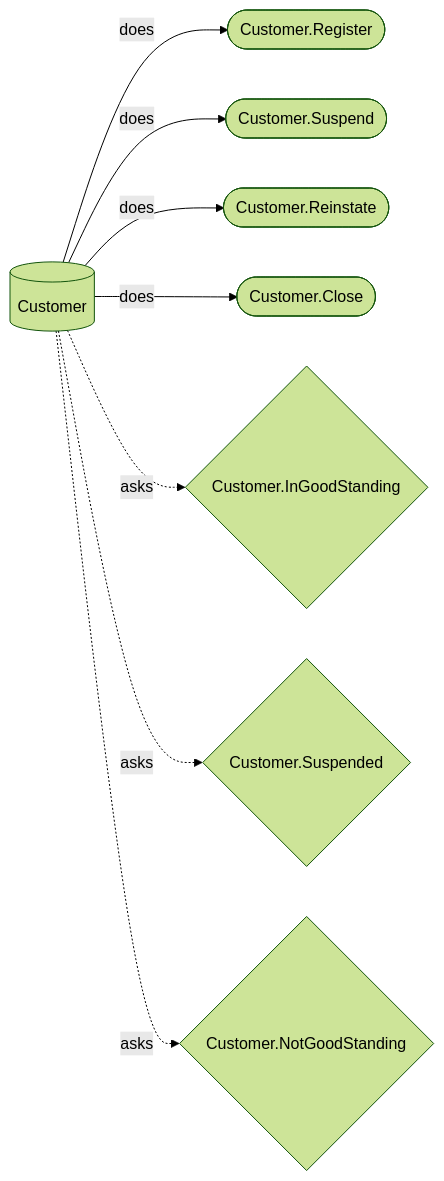
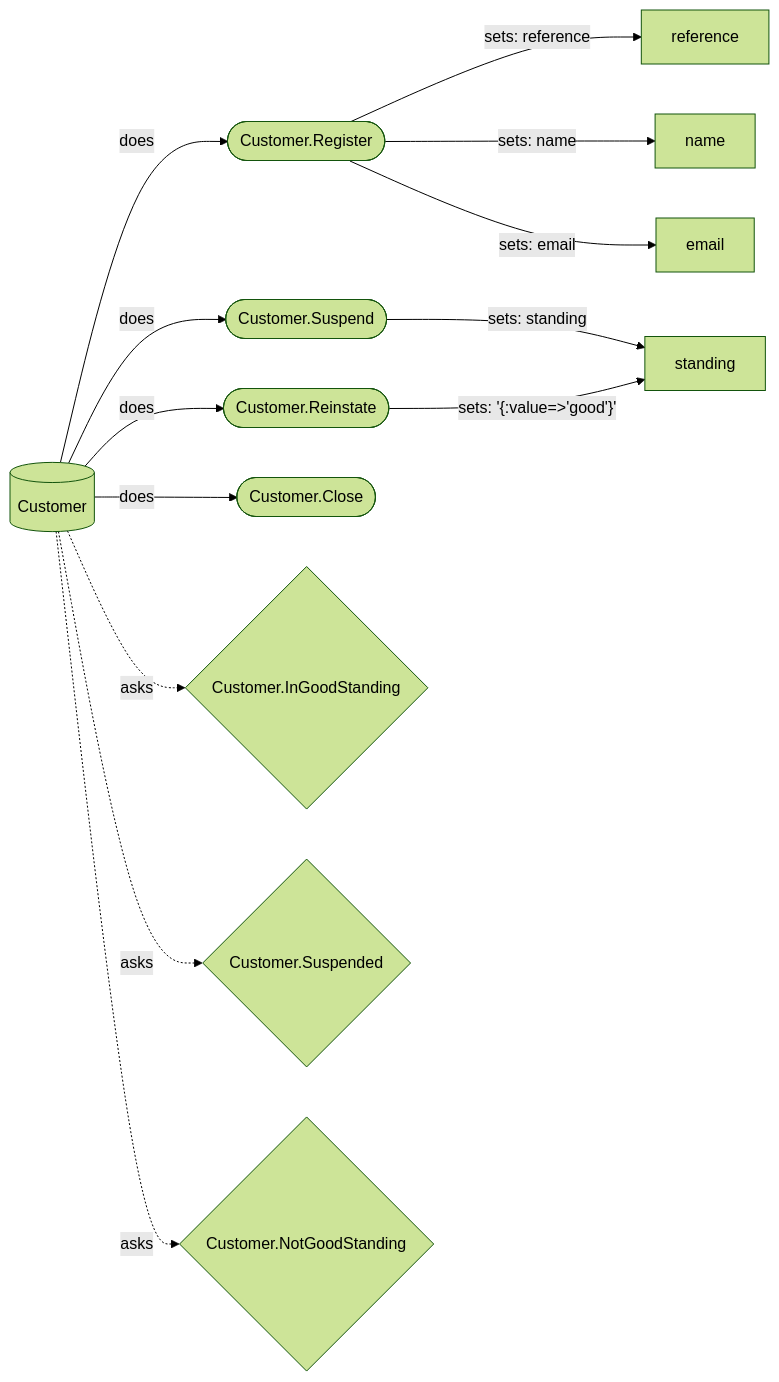
Before and after one commit to chrisyoung/hecks: the diagram in docs/generated/diagrams/banking/Customer_surface.mmd, drawn with Mermaid (forest theme). The commit also changed 16 other files, not shown here.

```diff
--- a/docs/generated/diagrams/banking/Customer_surface.mmd
+++ b/docs/generated/diagrams/banking/Customer_surface.mmd
@@ -1,10 +1,15 @@
-%% GENERATED by bin/project_diagrams from Customer's own declared commands and queries — DO NOT EDIT BY HAND.
+%% GENERATED by bin/project_diagrams from Customer's own declared commands (and what each writes) and queries — DO NOT EDIT BY HAND.
 %% Re-run `bin/project_diagrams <domain-path> Banking` after any change.
 flowchart LR
     Customer[(Customer)] -->|does| cmd_Customer_Register(["Customer.Register"])
     Customer[(Customer)] -->|does| cmd_Customer_Suspend(["Customer.Suspend"])
     Customer[(Customer)] -->|does| cmd_Customer_Reinstate(["Customer.Reinstate"])
     Customer[(Customer)] -->|does| cmd_Customer_Close(["Customer.Close"])
+    cmd_Customer_Register(["Customer.Register"]) -->|"sets: reference"| attr_Customer_reference[reference]
+    cmd_Customer_Register(["Customer.Register"]) -->|"sets: name"| attr_Customer_name[name]
+    cmd_Customer_Register(["Customer.Register"]) -->|"sets: email"| attr_Customer_email[email]
+    cmd_Customer_Suspend(["Customer.Suspend"]) -->|"sets: standing"| attr_Customer_standing[standing]
+    cmd_Customer_Reinstate(["Customer.Reinstate"]) -->|"sets: '{:value=>'good'}'"| attr_Customer_standing[standing]
     Customer[(Customer)] -.->|asks| qry_Customer_InGoodStanding{"Customer.InGoodStanding"}
     Customer[(Customer)] -.->|asks| qry_Customer_Suspended{"Customer.Suspended"}
     Customer[(Customer)] -.->|asks| qry_Customer_NotGoodStanding{"Customer.NotGoodStanding"}
```
